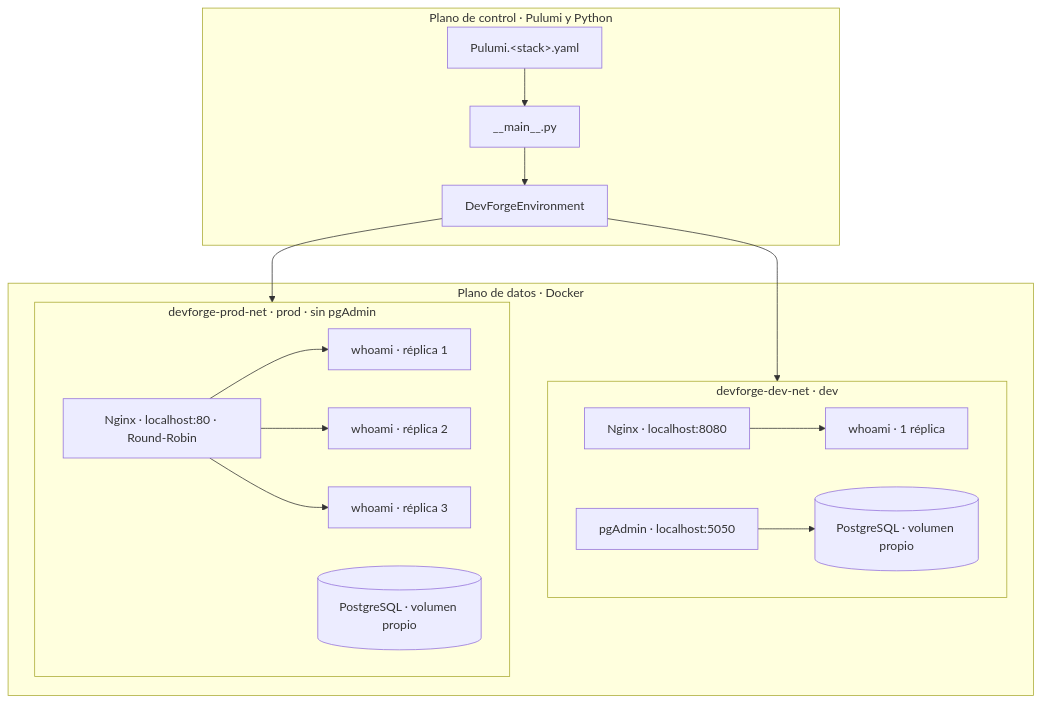
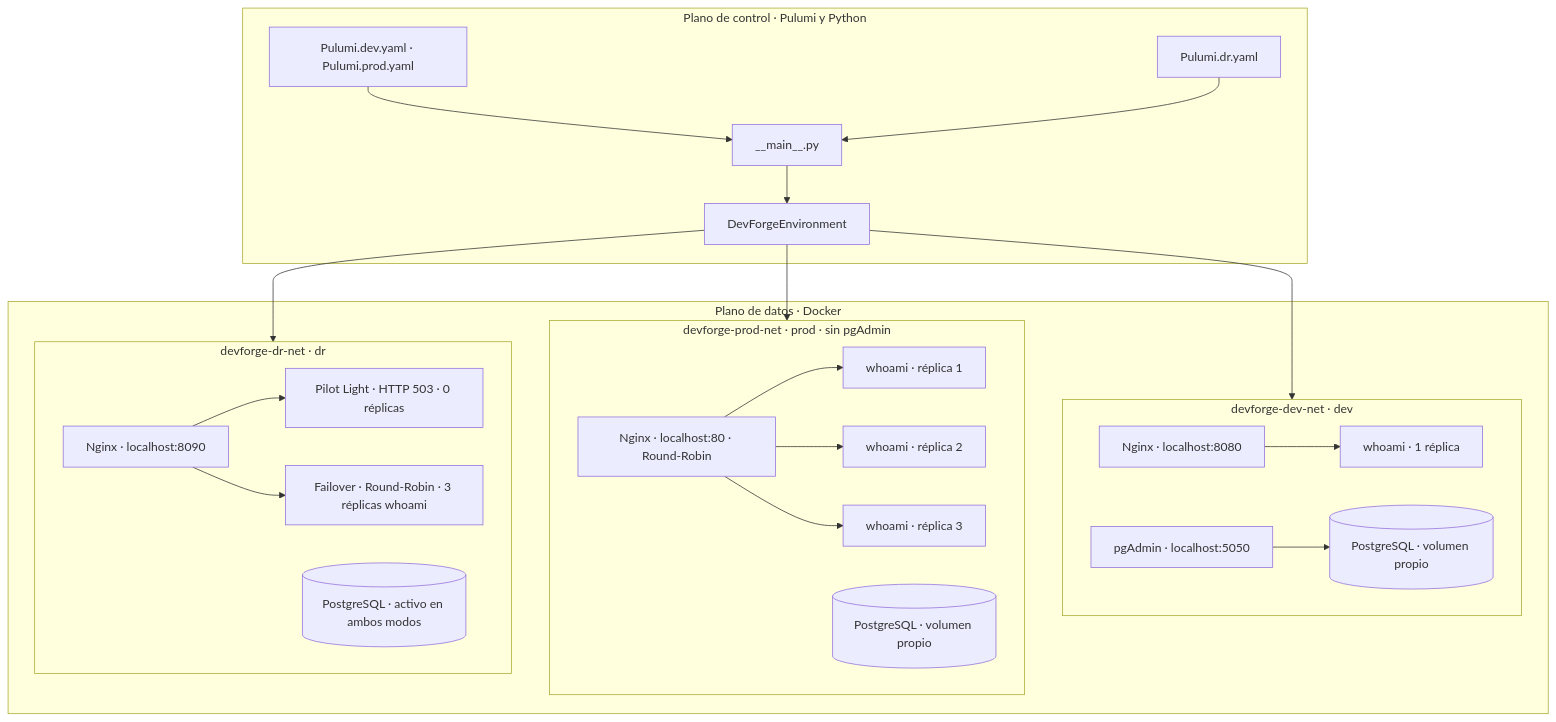
One commit to JohaoAndree/DevForge_Cloud changed the diagram in README.md. Above: the diagram before and after it, drawn with Mermaid. The commit also changed other lines of this file, not shown here.

````diff
--- a/README.md
+++ b/README.md
@@ -22,26 +24,35 @@
 ```mermaid
 flowchart TD
     subgraph Control["Plano de control · Pulumi y Python"]
-        Config["Pulumi.&lt;stack&gt;.yaml"] --> Main["__main__.py"]
+        Config["Pulumi.dev.yaml · Pulumi.prod.yaml"] --> Main["__main__.py"]
+        DRConfig["Pulumi.dr.yaml"] --> Main
         Main --> Component["DevForgeEnvironment"]
     end
 
     subgraph Data["Plano de datos · Docker"]
         subgraph Dev["devforge-dev-net · dev"]
             DevLB["Nginx · localhost:8080"]
             DevLB --> DevApp["whoami · 1 réplica"]
             DevAdmin["pgAdmin · localhost:5050"] --> DevDB[("PostgreSQL · volumen propio")]
         end
 
         subgraph Prod["devforge-prod-net · prod · sin pgAdmin"]
             ProdLB["Nginx · localhost:80 · Round-Robin"]
             ProdLB --> ProdApp1["whoami · réplica 1"]
             ProdLB --> ProdApp2["whoami · réplica 2"]
             ProdLB --> ProdApp3["whoami · réplica 3"]
             ProdDB[("PostgreSQL · volumen propio")]
         end
+
+        subgraph DR["devforge-dr-net · dr"]
+            DRLB["Nginx · localhost:8090"]
+            DRLB --> DRStandby["Pilot Light · HTTP 503 · 0 réplicas"]
+            DRLB --> DRApp["Failover · Round-Robin · 3 réplicas whoami"]
+            DRDB[("PostgreSQL · activo en ambos modos")]
+        end
     end
 
     Component --> Dev
     Component --> Prod
+    Component --> DR
 ```
````
